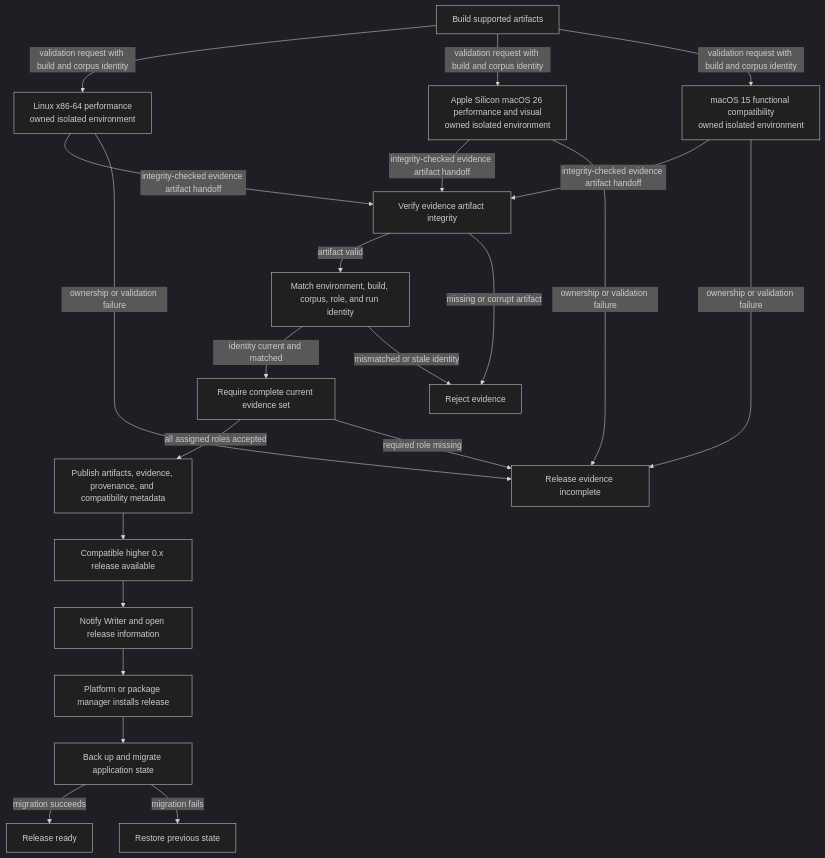
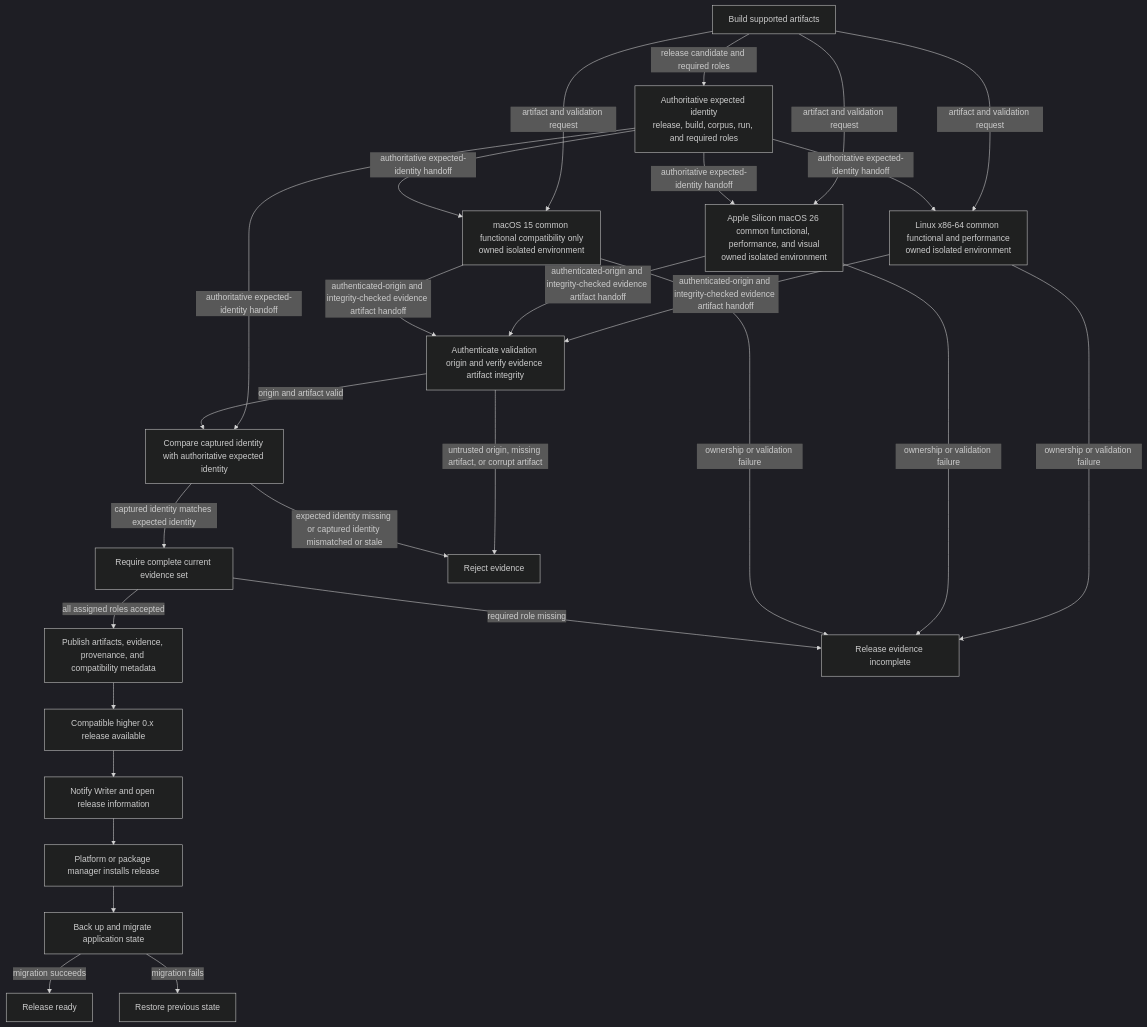
Before and after one commit to SkrOYC/burlmd: the diagram in .constitution/architecture/flows/flow-release.md, drawn with Mermaid (dark theme). The commit also changed other lines of this file and 5 other files, not shown here.

First line of the commit message:
docs(architecture): bind validation evidence to expected identity

````diff
--- a/.constitution/architecture/flows/flow-release.md
+++ b/.constitution/architecture/flows/flow-release.md
@@ -5,41 +5,47 @@
 ```mermaid
 flowchart TD
     Build[Build supported artifacts]
-    Linux[Linux x86-64 performance\nowned isolated environment]
-    MacReference[Apple Silicon macOS 26 performance and visual\nowned isolated environment]
-    MacCompatibility[macOS 15 functional compatibility\nowned isolated environment]
-    Integrity[Verify evidence artifact integrity]
-    Identity[Match environment, build, corpus, role, and run identity]
+    Expected[Authoritative expected identity\nrelease, build, corpus, run, and required roles]
+    Linux[Linux x86-64 common functional and performance\nowned isolated environment]
+    MacReference[Apple Silicon macOS 26 common functional, performance, and visual\nowned isolated environment]
+    MacCompatibility[macOS 15 common functional compatibility only\nowned isolated environment]
+    Integrity[Authenticate validation origin and verify evidence artifact integrity]
+    Identity[Compare captured identity with authoritative expected identity]
     Complete[Require complete current evidence set]
     Publish[Publish artifacts, evidence, provenance, and compatibility metadata]
     Available[Compatible higher 0.x release available]
     Notify[Notify Writer and open release information]
     PlatformInstall[Platform or package manager installs release]
     Migrating[Back up and migrate application state]
     Ready[Release ready]
     PreviousState[Restore previous state]
     Failed[Release evidence incomplete]
     Rejected[Reject evidence]
 
-    Build -->|validation request with build and corpus identity| Linux
-    Build -->|validation request with build and corpus identity| MacReference
-    Build -->|validation request with build and corpus identity| MacCompatibility
-    Linux -->|integrity-checked evidence artifact handoff| Integrity
-    MacReference -->|integrity-checked evidence artifact handoff| Integrity
-    MacCompatibility -->|integrity-checked evidence artifact handoff| Integrity
+    Build -->|release candidate and required roles| Expected
+    Build -->|artifact and validation request| Linux
+    Build -->|artifact and validation request| MacReference
+    Build -->|artifact and validation request| MacCompatibility
+    Expected -->|authoritative expected-identity handoff| Linux
+    Expected -->|authoritative expected-identity handoff| MacReference
+    Expected -->|authoritative expected-identity handoff| MacCompatibility
+    Expected -->|authoritative expected-identity handoff| Identity
+    Linux -->|authenticated-origin and integrity-checked evidence artifact handoff| Integrity
+    MacReference -->|authenticated-origin and integrity-checked evidence artifact handoff| Integrity
+    MacCompatibility -->|authenticated-origin and integrity-checked evidence artifact handoff| Integrity
     Linux -->|ownership or validation failure| Failed
     MacReference -->|ownership or validation failure| Failed
     MacCompatibility -->|ownership or validation failure| Failed
-    Integrity -->|artifact valid| Identity
-    Integrity -->|missing or corrupt artifact| Rejected
-    Identity -->|identity current and matched| Complete
-    Identity -->|mismatched or stale identity| Rejected
+    Integrity -->|origin and artifact valid| Identity
+    Integrity -->|untrusted origin, missing artifact, or corrupt artifact| Rejected
+    Identity -->|captured identity matches expected identity| Complete
+    Identity -->|expected identity missing or captured identity mismatched or stale| Rejected
     Complete -->|all assigned roles accepted| Publish
     Complete -->|required role missing| Failed
     Publish --> Available
     Available --> Notify
     Notify --> PlatformInstall
     PlatformInstall --> Migrating
     Migrating -->|migration succeeds| Ready
     Migrating -->|migration fails| PreviousState
 ```
````
